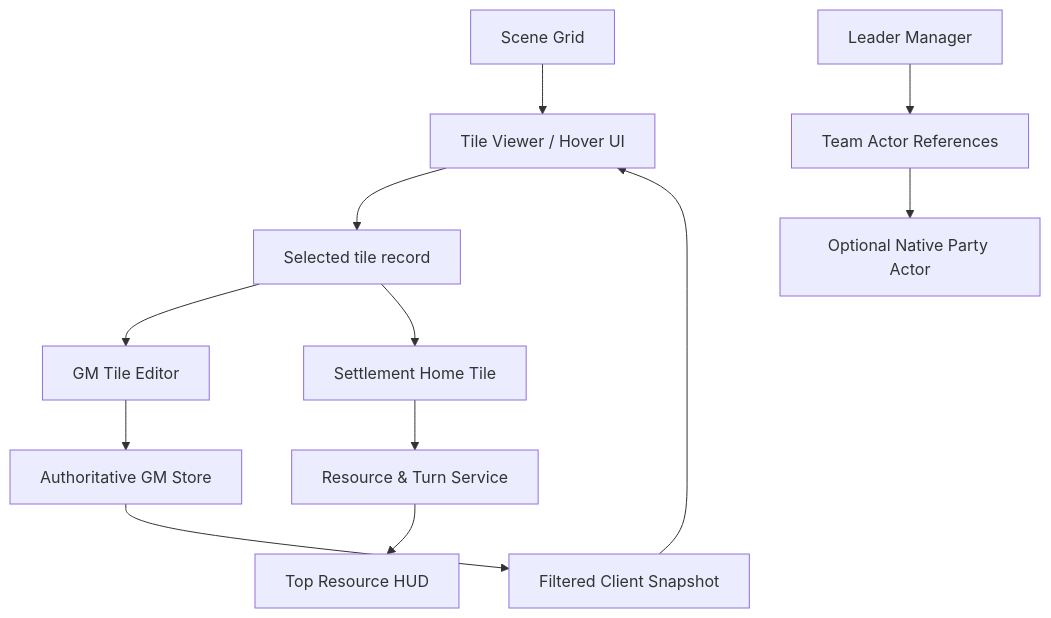
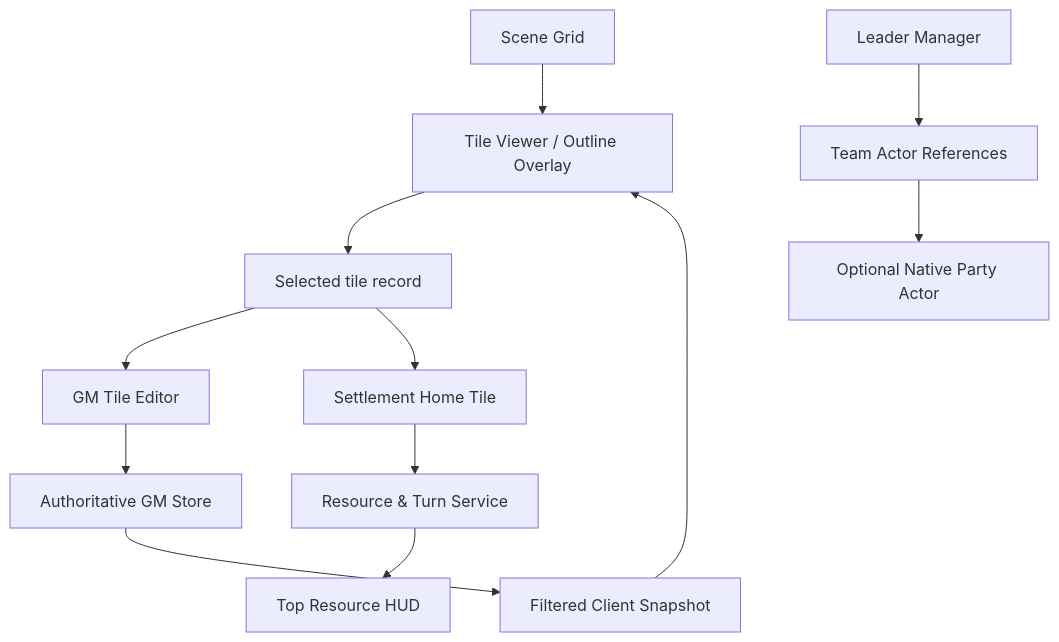
The first of 2 diagrams in README.md (FVTT-Mods-Hawthorne/settlement-hex-manager), drawn with Mermaid before and after one commit. The commit also changed other lines of this file and 4 other files, not shown here.

````diff
--- a/README.md
+++ b/README.md
@@ -96,14 +104,14 @@
 ```mermaid
 flowchart TD
-  C[Scene Grid] --> V[Tile Viewer / Hover UI]
+  C[Scene Grid] --> V[Tile Viewer / Outline Overlay]
   V --> H[Selected tile record]
   H --> E[GM Tile Editor]
   E --> P[Authoritative GM Store]
   H --> S[Settlement Home Tile]
   S --> R[Resource & Turn Service]
   R --> HUD[Top Resource HUD]
   P --> M[Filtered Client Snapshot]
   M --> V
   T[Leader Manager] --> A[Team Actor References]
   A --> PA[Optional Native Party Actor]
 ```
````
